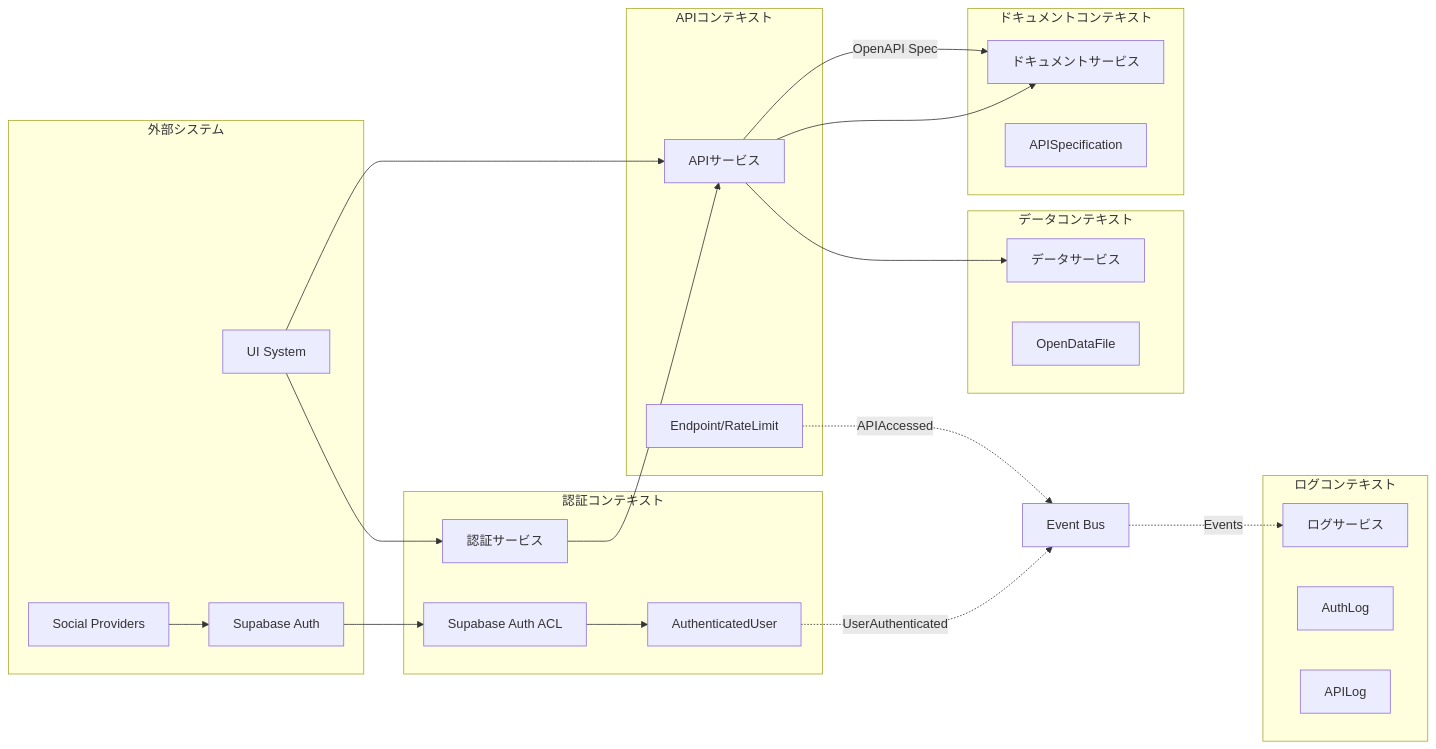
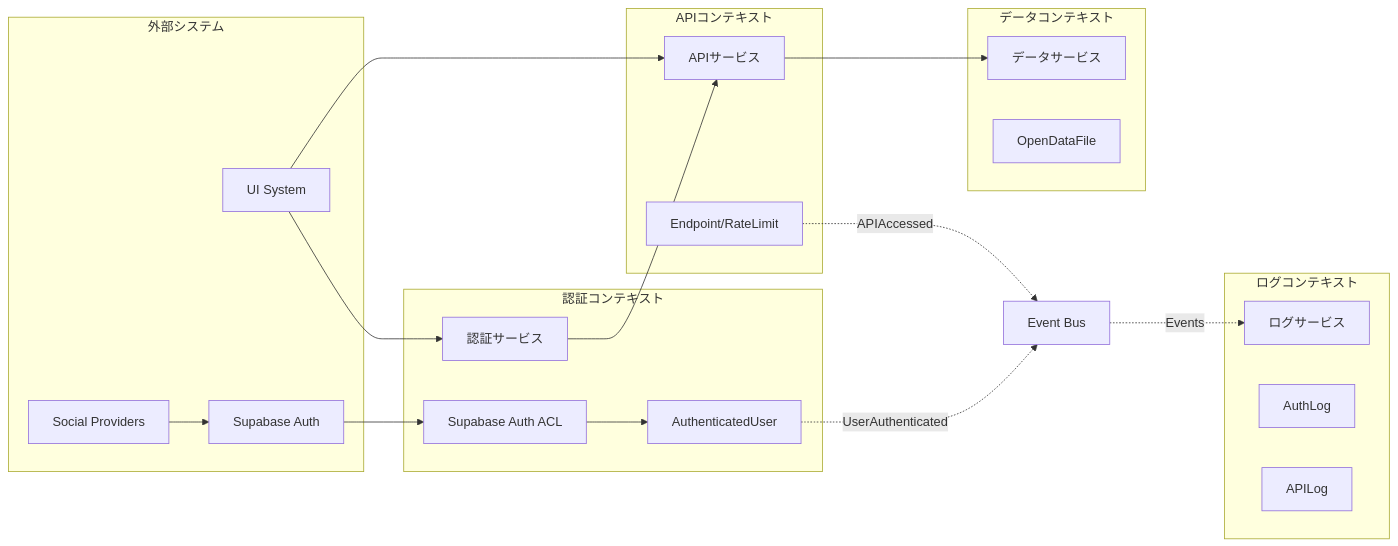
Before and after one commit to hydrangeas/redis-test: the sixth of 13 diagrams in docs/specs/step5-design.md, drawn with Mermaid. The commit also changed other lines of this file and 5 other files, not shown here.

````diff
--- a/docs/specs/step5-design.md
+++ b/docs/specs/step5-design.md
@@ -628,54 +561,46 @@
 ```mermaid
 graph LR
     subgraph "認証コンテキスト"
         AuthService[認証サービス]
         AuthModel[AuthenticatedUser]
         ACL[Supabase Auth ACL]
     end
     
     subgraph "APIコンテキスト"
         APIService[APIサービス]
         APIModel[Endpoint/RateLimit]
     end
     
     subgraph "データコンテキスト"
         DataService[データサービス]
         DataModel[OpenDataFile]
     end
     
     subgraph "ログコンテキスト"
         LogService[ログサービス]
         AuthLogModel[AuthLog]
         APILogModel[APILog]
     end
     
-    subgraph "ドキュメントコンテキスト"
-        DocService[ドキュメントサービス]
-        DocModel[APISpecification]
-    end
-    
     subgraph "外部システム"
         SupabaseAuth[Supabase Auth]
         SocialProvider[Social Providers]
         UISystem[UI System]
     end
     
     %% 統合パターン
     AuthService --> APIService
     APIService --> DataService
-    APIService --> DocService
     
     SupabaseAuth --> ACL
     ACL --> AuthModel
     SocialProvider --> SupabaseAuth
     UISystem --> AuthService
     UISystem --> APIService
     
     %% イベント駆動
     AuthModel -.->|UserAuthenticated| EventBus[Event Bus]
     APIModel -.->|APIAccessed| EventBus
     EventBus -.->|Events| LogService
     
-    %% 同期的な統合
-    APIService -->|OpenAPI Spec| DocService
 ```
````
